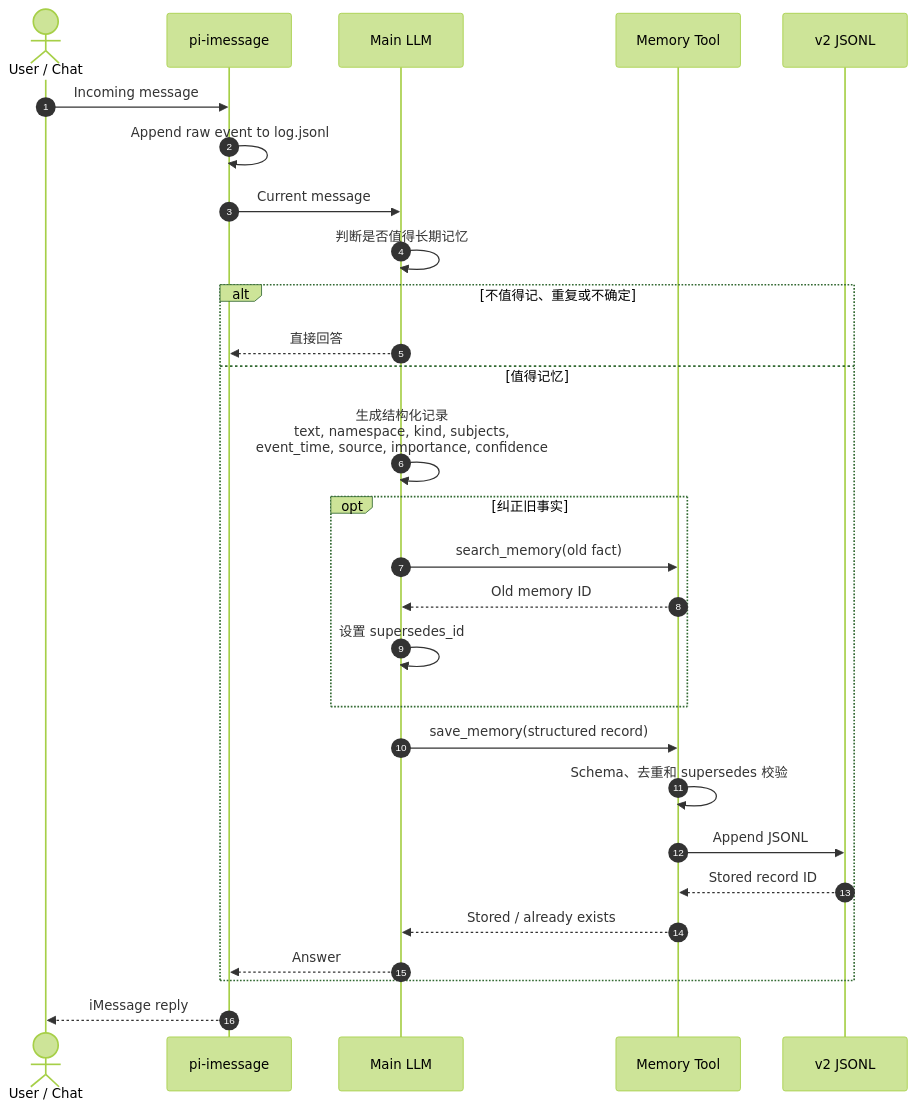
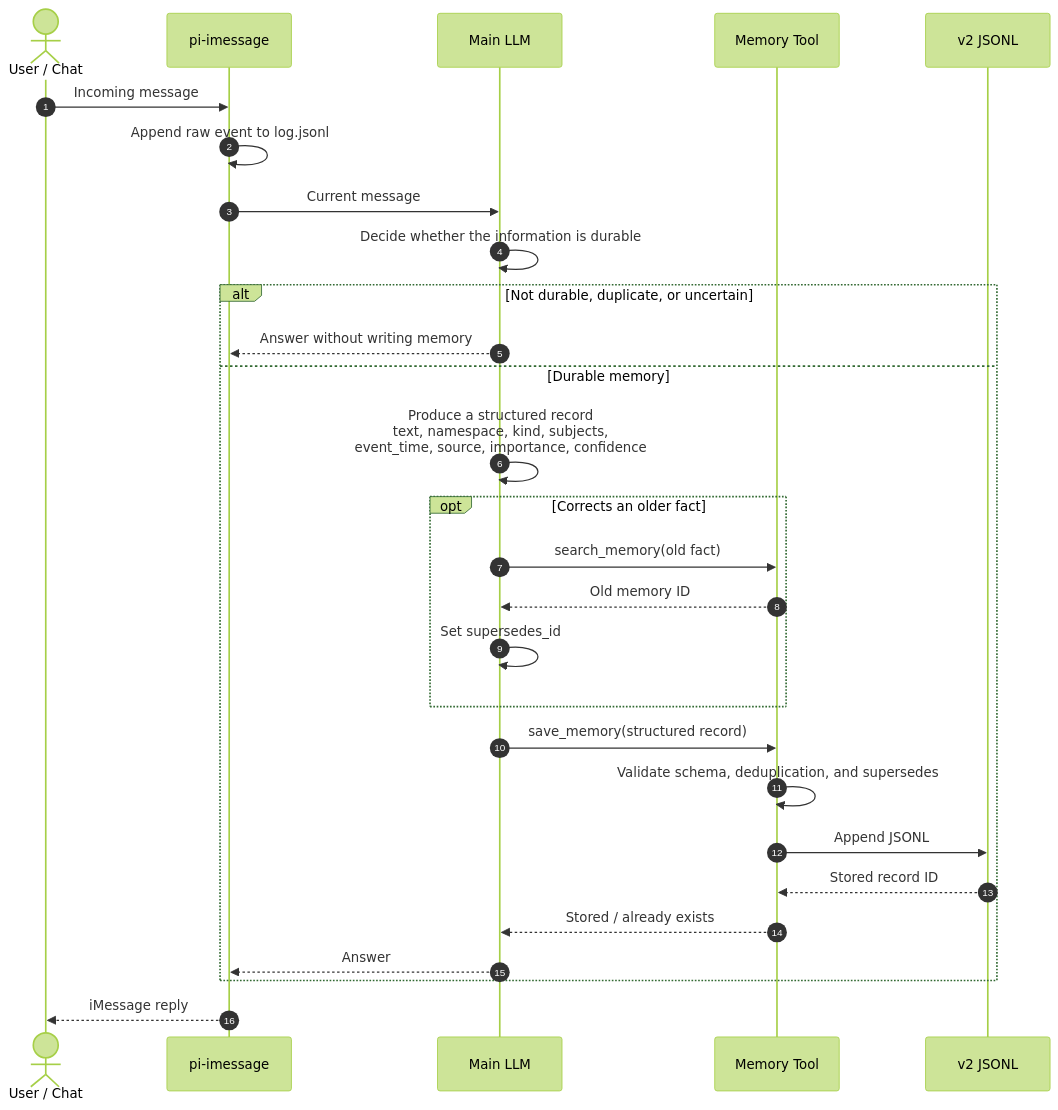
One commit to daya0576/pi-imessage changed the third of 4 diagrams in docs/structured-memory-sequence.md. Above: the diagram before and after it, drawn with Mermaid (forest theme). The commit also changed other lines of this file, not shown here.

Commit message:
docs: translate memory sequence flow to English

````diff
--- a/docs/structured-memory-sequence.md
+++ b/docs/structured-memory-sequence.md
@@ -76,33 +76,33 @@
 ```mermaid
 sequenceDiagram
     autonumber
     actor U as User / Chat
     participant P as pi-imessage
     participant A as Main LLM
     participant M as Memory Tool
     participant S as v2 JSONL
 
     U->>P: Incoming message
     P->>P: Append raw event to log.jsonl
     P->>A: Current message
-    A->>A: 判断是否值得长期记忆
+    A->>A: Decide whether the information is durable
 
-    alt 不值得记、重复或不确定
-        A-->>P: 直接回答
-    else 值得记忆
-        A->>A: 生成结构化记录<br/>text, namespace, kind, subjects,<br/>event_time, source, importance, confidence
-        opt 纠正旧事实
+    alt Not durable, duplicate, or uncertain
+        A-->>P: Answer without writing memory
+    else Durable memory
+        A->>A: Produce a structured record<br/>text, namespace, kind, subjects,<br/>event_time, source, importance, confidence
+        opt Corrects an older fact
             A->>M: search_memory(old fact)
             M-->>A: Old memory ID
-            A->>A: 设置 supersedes_id
+            A->>A: Set supersedes_id
         end
         A->>M: save_memory(structured record)
-        M->>M: Schema、去重和 supersedes 校验
+        M->>M: Validate schema, deduplication, and supersedes
         M->>S: Append JSONL
         S-->>M: Stored record ID
         M-->>A: Stored / already exists
         A-->>P: Answer
     end
 
     P-->>U: iMessage reply
 ```
````
